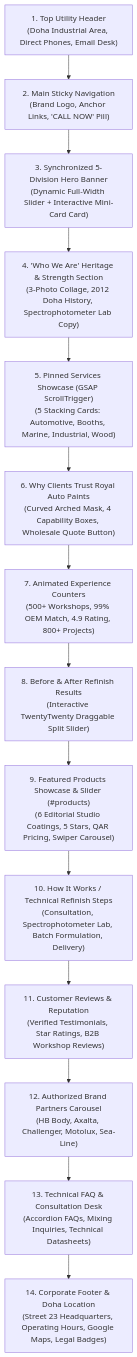
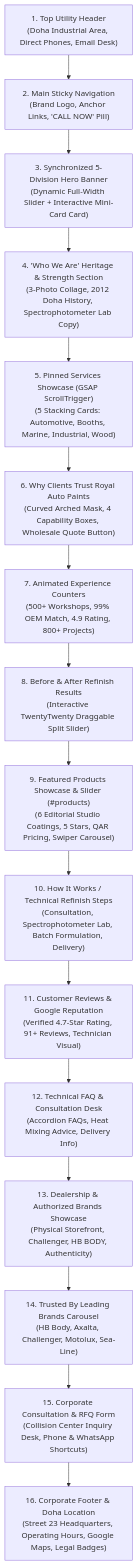
One commit to manu-gitxen/royalautopaintsre changed the second of 2 diagrams in docs/blueprint.md. Above: the diagram before and after it, drawn with Mermaid. The commit also changed other lines of this file and 8 other files, not shown here.

````diff
--- a/docs/blueprint.md
+++ b/docs/blueprint.md
@@ -123,19 +123,21 @@
 ```mermaid
 flowchart TD
     S1["1. Top Utility Header\n(Doha Industrial Area, Direct Phones, Email Desk)"]
     S2["2. Main Sticky Navigation\n(Brand Logo, Anchor Links, 'CALL NOW' Pill)"]
     S3["3. Synchronized 5-Division Hero Banner\n(Dynamic Full-Width Slider + Interactive Mini-Card Card)"]
     S4["4. 'Who We Are' Heritage & Strength Section\n(3-Photo Collage, 2012 Doha History, Spectrophotometer Lab Copy)"]
     S5["5. Pinned Services Showcase (GSAP ScrollTrigger)\n(5 Stacking Cards: Automotive, Booths, Marine, Industrial, Wood)"]
     S6["6. Why Clients Trust Royal Auto Paints\n(Curved Arched Mask, 4 Capability Boxes, Wholesale Quote Button)"]
     S7["7. Animated Experience Counters\n(500+ Workshops, 99% OEM Match, 4.9 Rating, 800+ Projects)"]
     S8["8. Before & After Refinish Results\n(Interactive TwentyTwenty Draggable Split Slider)"]
     S9["9. Featured Products Showcase & Slider (#products)\n(6 Editorial Studio Coatings, 5 Stars, QAR Pricing, Swiper Carousel)"]
     S10["10. How It Works / Technical Refinish Steps\n(Consultation, Spectrophotometer Lab, Batch Formulation, Delivery)"]
-    S11["11. Customer Reviews & Reputation\n(Verified Testimonials, Star Ratings, B2B Workshop Reviews)"]
-    S12["12. Authorized Brand Partners Carousel\n(HB Body, Axalta, Challenger, Motolux, Sea-Line)"]
-    S13["13. Technical FAQ & Consultation Desk\n(Accordion FAQs, Mixing Inquiries, Technical Datasheets)"]
-    S14["14. Corporate Footer & Doha Location\n(Street 23 Headquarters, Operating Hours, Google Maps, Legal Badges)"]
+    S11["11. Customer Reviews & Google Reputation\n(Verified 4.7-Star Rating, 91+ Reviews, Technician Visual)"]
+    S12["12. Technical FAQ & Consultation Desk\n(Accordion FAQs, Heat Mixing Advice, Delivery Info)"]
+    S13["13. Dealership & Authorized Brands Showcase\n(Physical Storefront, Challenger, HB BODY, Authenticity)"]
+    S14["14. Trusted By Leading Brands Carousel\n(HB Body, Axalta, Challenger, Motolux, Sea-Line)"]
+    S15["15. Corporate Consultation & RFQ Form\n(Collision Center Inquiry Desk, Phone & WhatsApp Shortcuts)"]
+    S16["16. Corporate Footer & Doha Location\n(Street 23 Headquarters, Operating Hours, Google Maps, Legal Badges)"]
 
-    S1 --> S2 --> S3 --> S4 --> S5 --> S6 --> S7 --> S8 --> S9 --> S10 --> S11 --> S12 --> S13 --> S14
+    S1 --> S2 --> S3 --> S4 --> S5 --> S6 --> S7 --> S8 --> S9 --> S10 --> S11 --> S12 --> S13 --> S14 --> S15 --> S16
 ```
````
